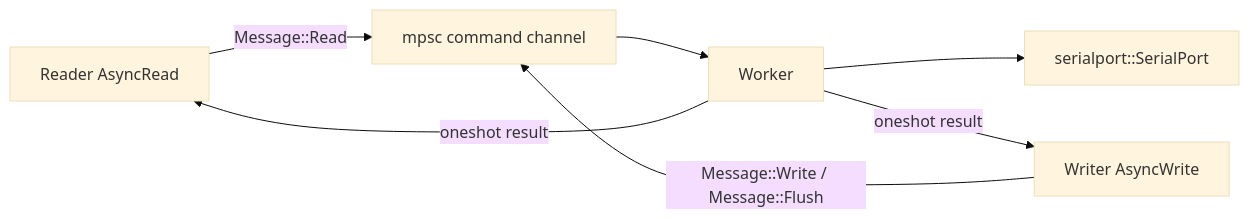
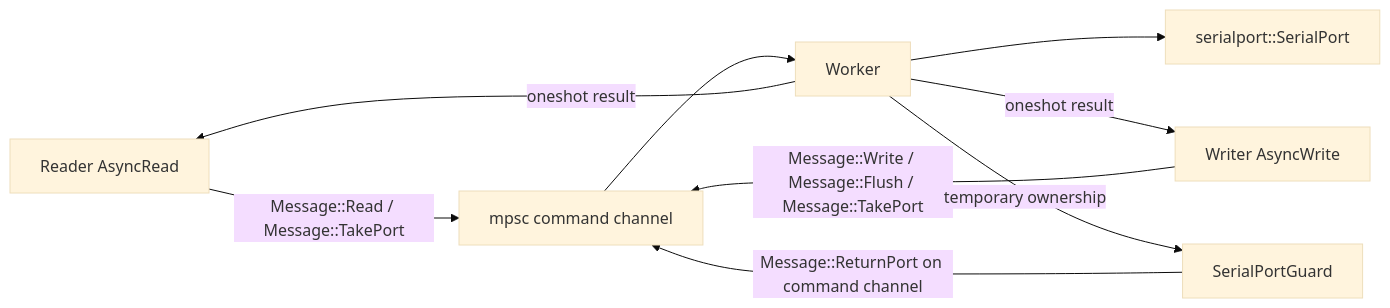
The second of 2 diagrams in ARCHITECTURE.md (PaulmannLighting/async-serialport), drawn with Mermaid (base theme) before and after one commit. The commit also changed other lines of this file and 9 other files, not shown here.

Commit message:
Add temporary serial port access

````diff
--- a/ARCHITECTURE.md
+++ b/ARCHITECTURE.md
@@ -34,9 +37,11 @@
 ```mermaid
 flowchart LR
-    Reader[Reader AsyncRead] -->|Message::Read| Inbox[mpsc command channel]
-    Writer[Writer AsyncWrite] -->|Message::Write / Message::Flush| Inbox
+    Reader[Reader AsyncRead] -->|Message::Read / Message::TakePort| Inbox[mpsc command channel]
+    Writer[Writer AsyncWrite] -->|Message::Write / Message::Flush / Message::TakePort| Inbox
     Inbox --> Worker[Worker]
     Worker --> Port[serialport::SerialPort]
     Worker -->|oneshot result| Reader
     Worker -->|oneshot result| Writer
+    Worker -->|temporary ownership| Guard[SerialPortGuard]
+    Guard -->|Message::ReturnPort on command channel| Inbox
 ```
````
